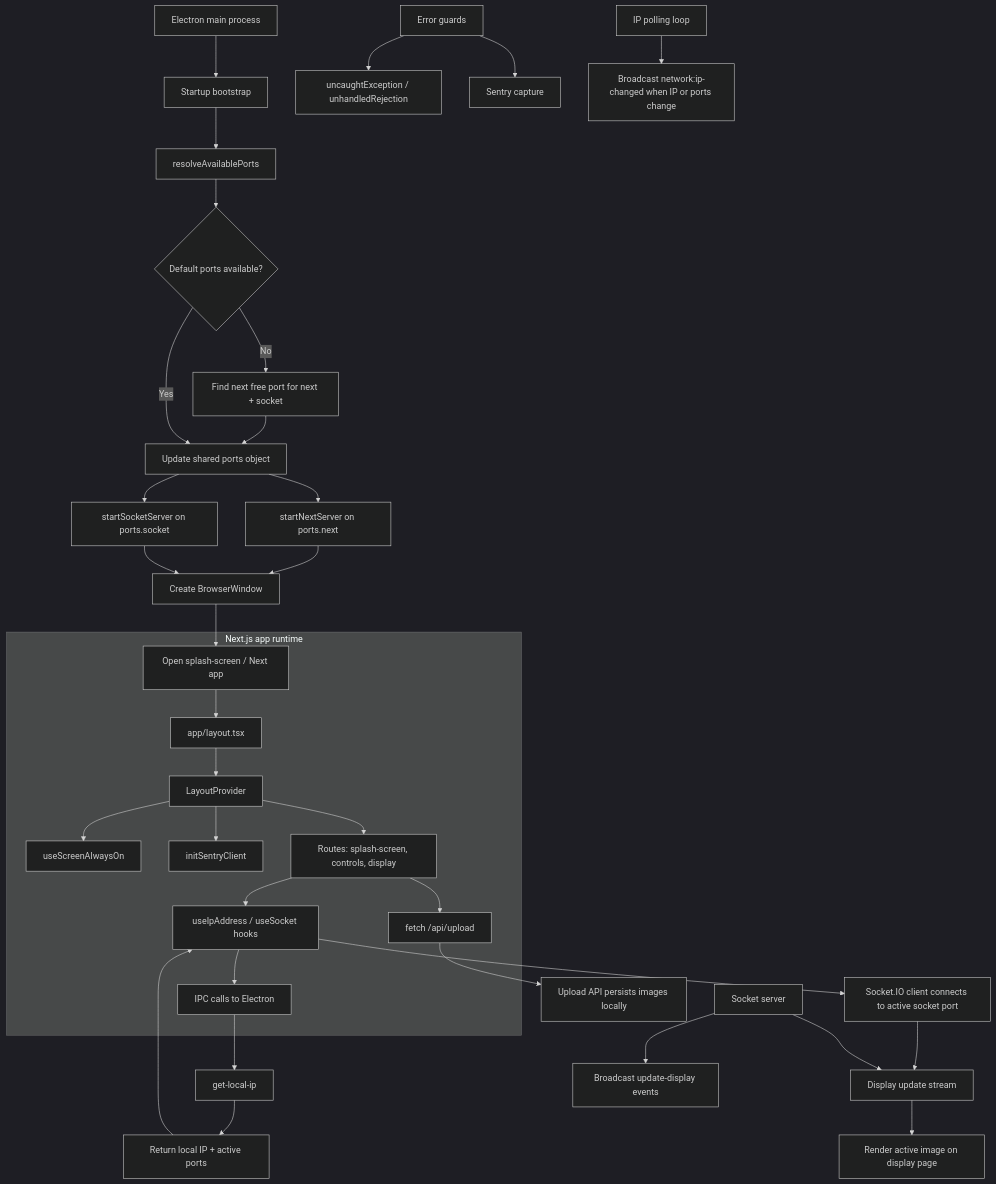
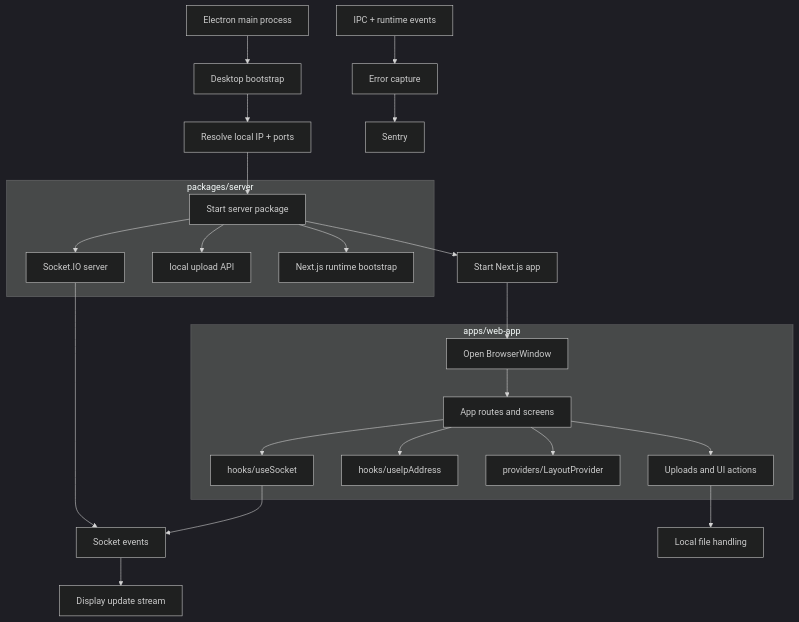
One commit to eioluseyi/pinnacle changed the diagram in README.md. Above: the diagram before and after it, drawn with Mermaid (dark theme). The commit also changed other lines of this file, not shown here.

Commit message:
Update README.md: enhance project description, clarify architecture, and improve installation instructions for better understanding

````diff
--- a/README.md
+++ b/README.md
@@ -38,43 +40,30 @@
 ```mermaid
 flowchart TD
-    A[Electron main process] --> B[Startup bootstrap]
-    B --> C[resolveAvailablePorts]
-    C --> D{Default ports available?}
-    D -- No --> E[Find next free port for next + socket]
-    E --> F[Update shared ports object]
-    D -- Yes --> F
+    A[Electron main process] --> B[Desktop bootstrap]
+    B --> C[Resolve local IP + ports]
+    C --> D[Start server package]
+    D --> E[Start Next.js app]
+    E --> F[Open BrowserWindow]
 
-    F --> G[startNextServer on ports.next]
-    F --> H[startSocketServer on ports.socket]
-    G --> I[Create BrowserWindow]
-    H --> I
-    I --> J[Open splash-screen / Next app]
-
-    subgraph NextJS[Next.js app runtime]
-        J --> J1[app/layout.tsx]
-        J1 --> J2[LayoutProvider]
-        J2 --> J3[useScreenAlwaysOn]
-        J2 --> J4[initSentryClient]
-        J2 --> J5[Routes: splash-screen, controls, display]
-        J5 --> J6[useIpAddress / useSocket hooks]
-        J6 --> J7[IPC calls to Electron]
-        J5 --> J8[fetch /api/upload]
+    subgraph WebApp[apps/web-app]
+        F --> F1[App routes and screens]
+        F1 --> F2[hooks/useSocket]
+        F1 --> F3[hooks/useIpAddress]
+        F1 --> F4[providers/LayoutProvider]
+        F1 --> F5[Uploads and UI actions]
     end
 
-    J7 --> K[get-local-ip]
-    K --> L[Return local IP + active ports]
-    L --> J6
+    subgraph Server[packages/server]
+        D --> S1[Socket.IO server]
+        D --> S2[local upload API]
+        D --> S3[Next.js runtime bootstrap]
+    end
 
-    J6 --> M[Socket.IO client connects to active socket port]
-    J8 --> N[Upload API persists images locally]
+    F2 --> T[Socket events]
+    S1 --> T
+    T --> U[Display update stream]
+    F5 --> V[Local file handling]
 
-    M --> O[Display update stream]
-    O --> P[Render active image on display page]
-
-    Q[Socket server] --> O
-    Q --> R[Broadcast update-display events]
-
-    S[Error guards] --> T[uncaughtException / unhandledRejection]
-    S --> U[Sentry capture]
-    V[IP polling loop] --> W[Broadcast network:ip-changed when IP or ports change]
+    W[Error capture] --> X[Sentry]
+    Y[IPC + runtime events] --> W
 ```
````
